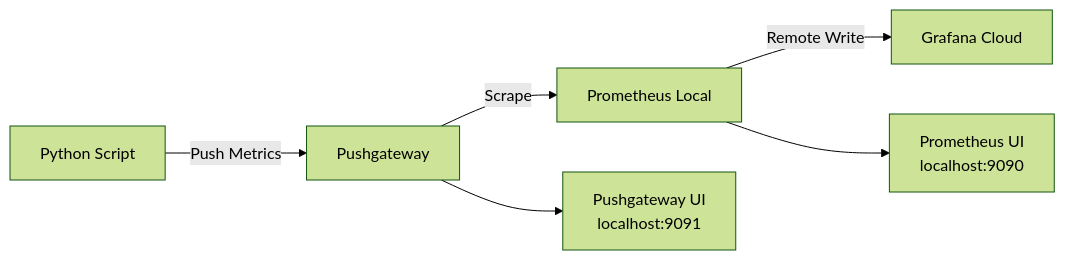
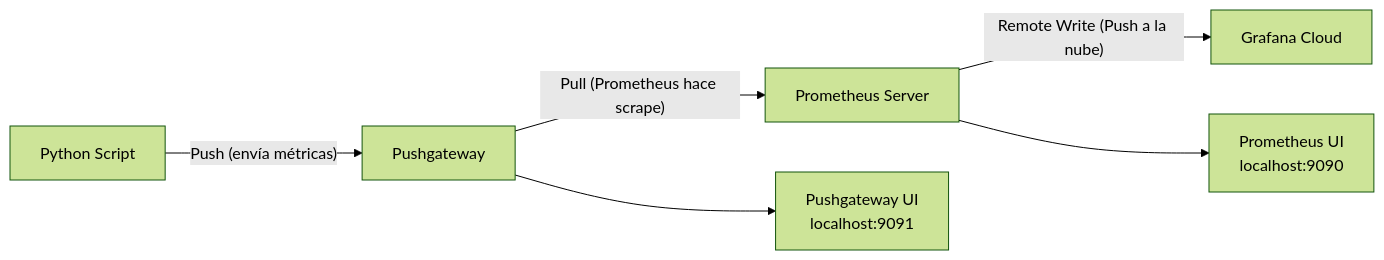
One commit to jveraduran/monitoreo-observabilidad changed the diagram in README.md. Above: the diagram before and after it, drawn with Mermaid (forest theme). The commit also changed 918 other files, not shown here.

````diff
--- a/README.md
+++ b/README.md
@@ -207,8 +207,8 @@
 ```mermaid
 graph LR
-    A[Python Script] -- Push Metrics --> B[Pushgateway]
-    B -- Scrape --> C[Prometheus Local]
-    C -- Remote Write --> D[Grafana Cloud]
+    A[Python Script] -- "Push (envía métricas)" --> B[Pushgateway]
+    B -- "Pull (Prometheus hace scrape)" --> C[Prometheus Server]
+    C -- "Remote Write (Push a la nube)" --> D[Grafana Cloud]
     C --> E[Prometheus UI<br>localhost:9090]
     B --> F[Pushgateway UI<br>localhost:9091]
 ```
````
